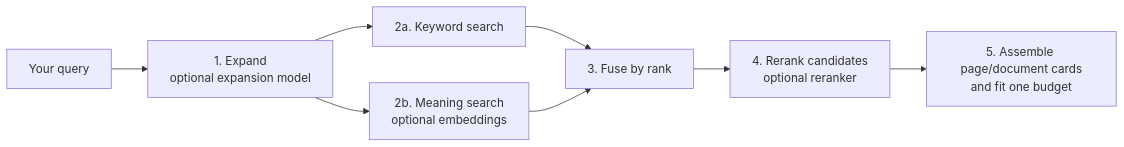
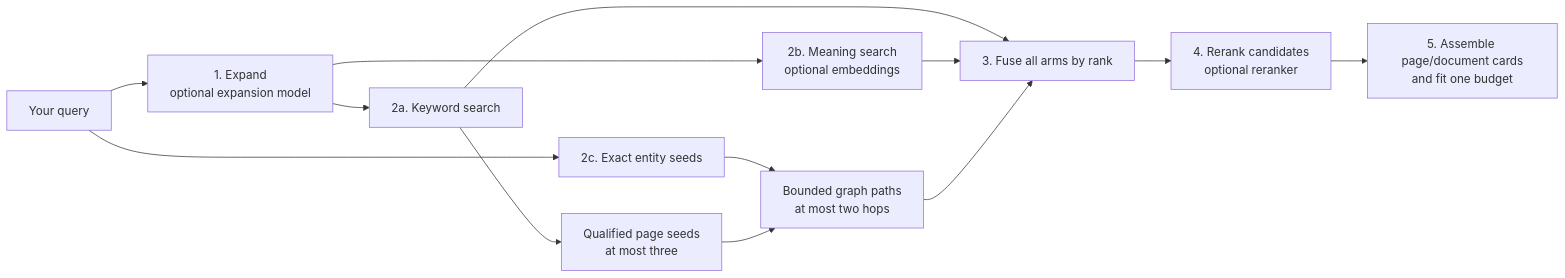
The third of 7 diagrams in HOW-IT-WORKS.md (tenphi/akno), drawn with Mermaid before and after one commit. The commit also changed other lines of this file and 21 other files, not shown here.

Commit message:
feat: add graph-assisted recall

````diff
--- a/HOW-IT-WORKS.md
+++ b/HOW-IT-WORKS.md
@@ -274,10 +274,15 @@
 ```mermaid
 flowchart LR
     query["Your query"] --> expand["1. Expand<br/>optional expansion model"]
     expand --> lexical["2a. Keyword search"]
     expand --> semantic["2b. Meaning search<br/>optional embeddings"]
-    lexical --> fuse["3. Fuse by rank"]
+    query --> exact["2c. Exact entity seeds"]
+    lexical --> pageSeeds["Qualified page seeds<br/>at most three"]
+    exact --> graphRecall["Bounded graph paths<br/>at most two hops"]
+    pageSeeds --> graphRecall
+    lexical --> fuse["3. Fuse all arms by rank"]
     semantic --> fuse
+    graphRecall --> fuse
     fuse --> rerank["4. Rerank candidates<br/>optional reranker"]
     rerank --> cards["5. Assemble page/document cards<br/>and fit one budget"]
 ```
````
